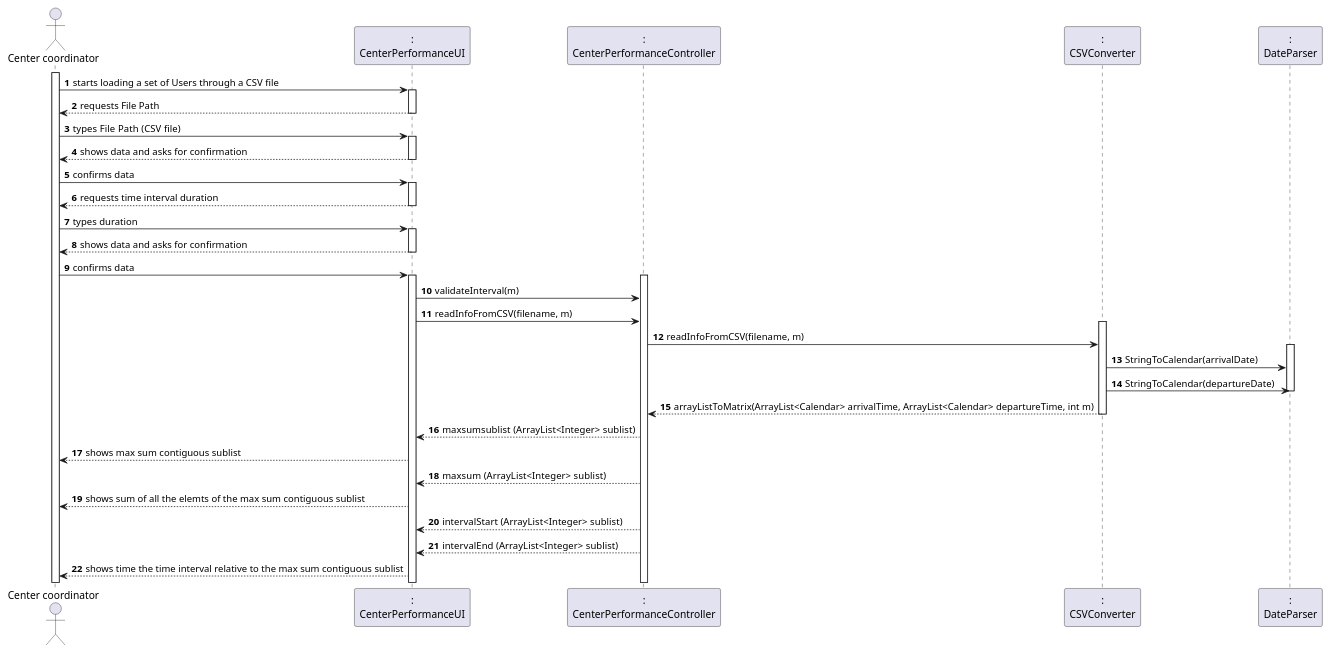
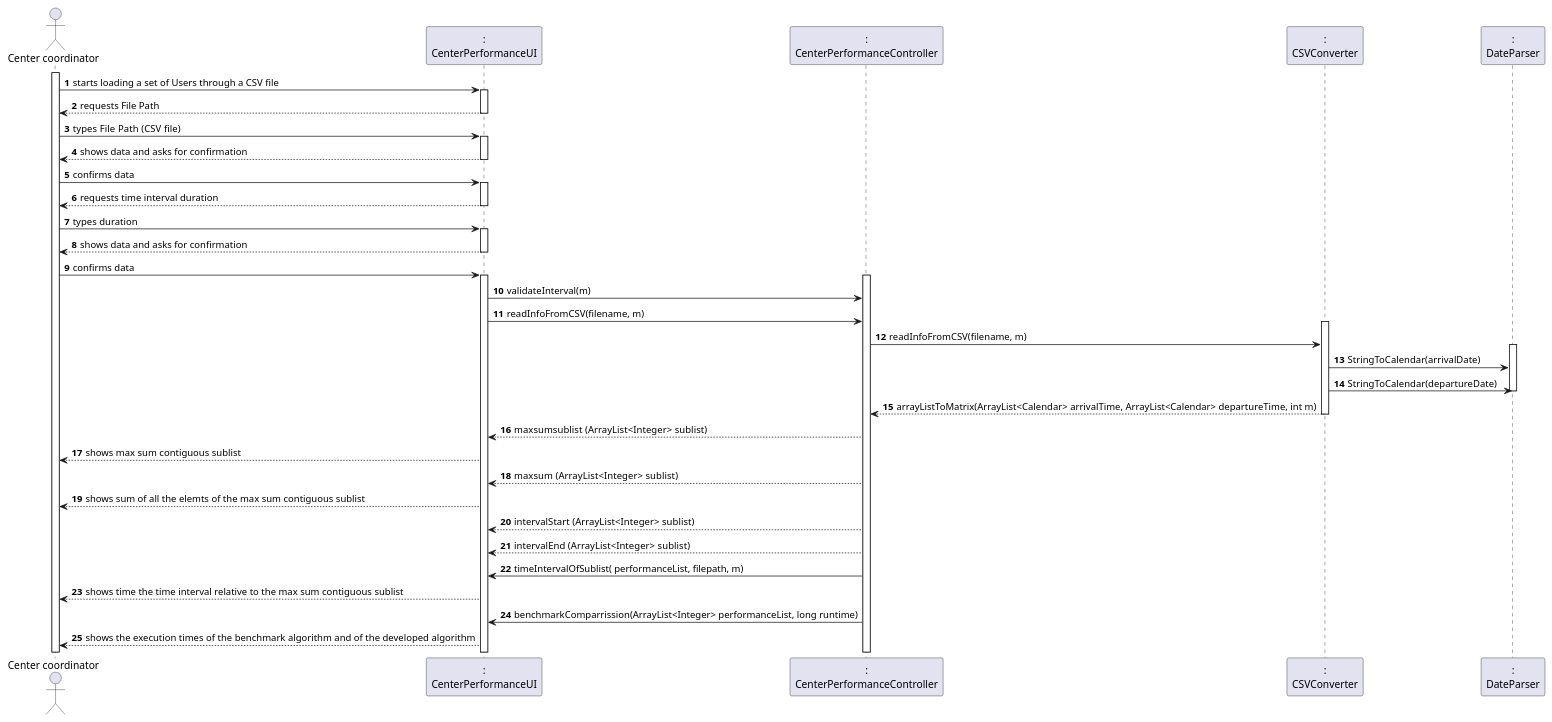
The diagram in docs/SprintD/US/US16/US016_SD.puml (PedroMesquita1211171/VaccinationManager), drawn with PlantUML before and after one commit. The commit also changed 7 other files, not shown here.

```diff
--- a/docs/SprintD/US/US16/US016_SD.puml
+++ b/docs/SprintD/US/US16/US016_SD.puml
@@ -1,50 +1,53 @@
 @startuml
 'https://plantuml.com/sequence-diagram
 
 autonumber
 actor "Center coordinator" as CC
 
 participant ":\nCenterPerformanceUI" as UI
 participant ":\nCenterPerformanceController" as CTRL
 participant ":\nCSVConverter" as FILE
 participant ":\nDateParser" as DATE
 
 activate CC
 CC -> UI : starts loading a set of Users through a CSV file
 activate UI
 UI --> CC : requests File Path
 deactivate UI
 CC-> UI : types File Path  (CSV file)
 activate UI
 UI --> CC : shows data and asks for confirmation
 deactivate UI
 CC -> UI : confirms data
 activate UI
 UI --> CC: requests time interval duration
 deactivate UI
 CC -> UI : types duration
 activate UI
 UI --> CC : shows data and asks for confirmation
 deactivate UI
 CC -> UI : confirms data
 
 activate UI
 activate CTRL
 UI -> CTRL : validateInterval(m)
 UI -> CTRL : readInfoFromCSV(filename, m)
 activate FILE
 CTRL -> FILE : readInfoFromCSV(filename, m)
 activate  DATE
 FILE-> DATE : StringToCalendar(arrivalDate)
 FILE-> DATE : StringToCalendar(departureDate)
 deactivate DATE
 FILE --> CTRL : arrayListToMatrix(ArrayList<Calendar> arrivalTime, ArrayList<Calendar> departureTime, int m)
 deactivate FILE
 CTRL --> UI : maxsumsublist (ArrayList<Integer>  sublist)
 UI --> CC : shows max sum contiguous sublist
 CTRL --> UI : maxsum (ArrayList<Integer>  sublist)
 UI --> CC : shows sum of all the elemts of the max sum contiguous sublist
 CTRL --> UI : intervalStart (ArrayList<Integer>  sublist)
 CTRL --> UI : intervalEnd (ArrayList<Integer>  sublist)
+CTRL -> UI : timeIntervalOfSublist( performanceList, filepath, m)
 UI --> CC : shows time the time interval relative to the max sum contiguous sublist
+CTRL -> UI : benchmarkComparrission(ArrayList<Integer> performanceList, long runtime)
+UI --> CC : shows the execution times of the benchmark algorithm and of the developed algorithm
 @enduml
```
